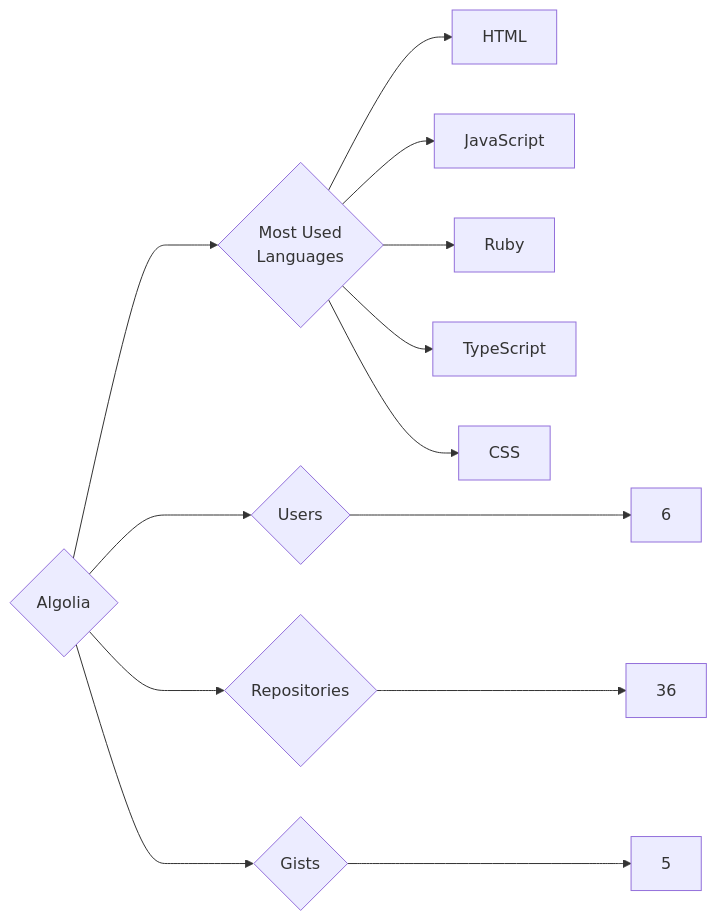
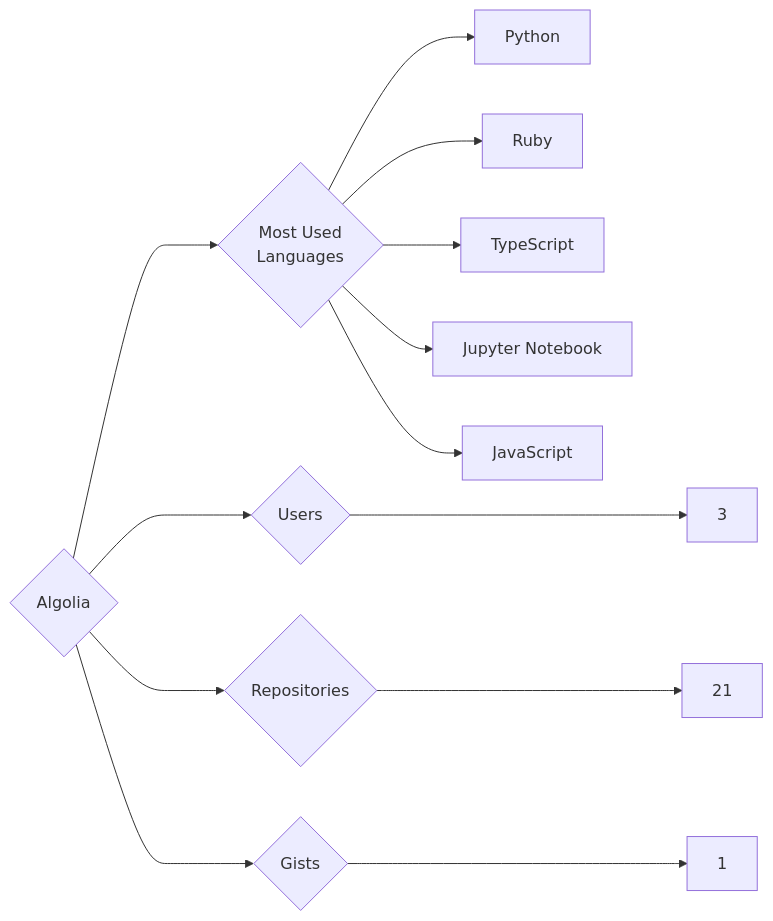
Before and after one commit to trickest/insiders: the diagram in targets/Algolia/README.md, drawn with Mermaid. The commit also changed 1166 other files, not shown here.

````diff
--- a/targets/Algolia/README.md
+++ b/targets/Algolia/README.md
@@ -3,13 +3,13 @@
 ```mermaid
 graph LR
 COMPANY_NAME{Algolia}
-COMPANY_NAME ---> U{Users} ---> UN[6]
-COMPANY_NAME ---> R{Repositories} ---> RN[36]
-COMPANY_NAME ---> G{Gists} ---> GN[5]
+COMPANY_NAME ---> U{Users} ---> UN[3]
+COMPANY_NAME ---> R{Repositories} ---> RN[21]
+COMPANY_NAME ---> G{Gists} ---> GN[1]
 COMPANY_NAME ---> ML{Most Used<br>Languages}
-ML --> HTML[HTML]
-ML --> JavaScript[JavaScript]
+ML --> Python[Python]
 ML --> Ruby[Ruby]
 ML --> TypeScript[TypeScript]
-ML --> CSS[CSS]
+ML --> Jupyter_Notebook[Jupyter Notebook]
+ML --> JavaScript[JavaScript]
 ```
````
